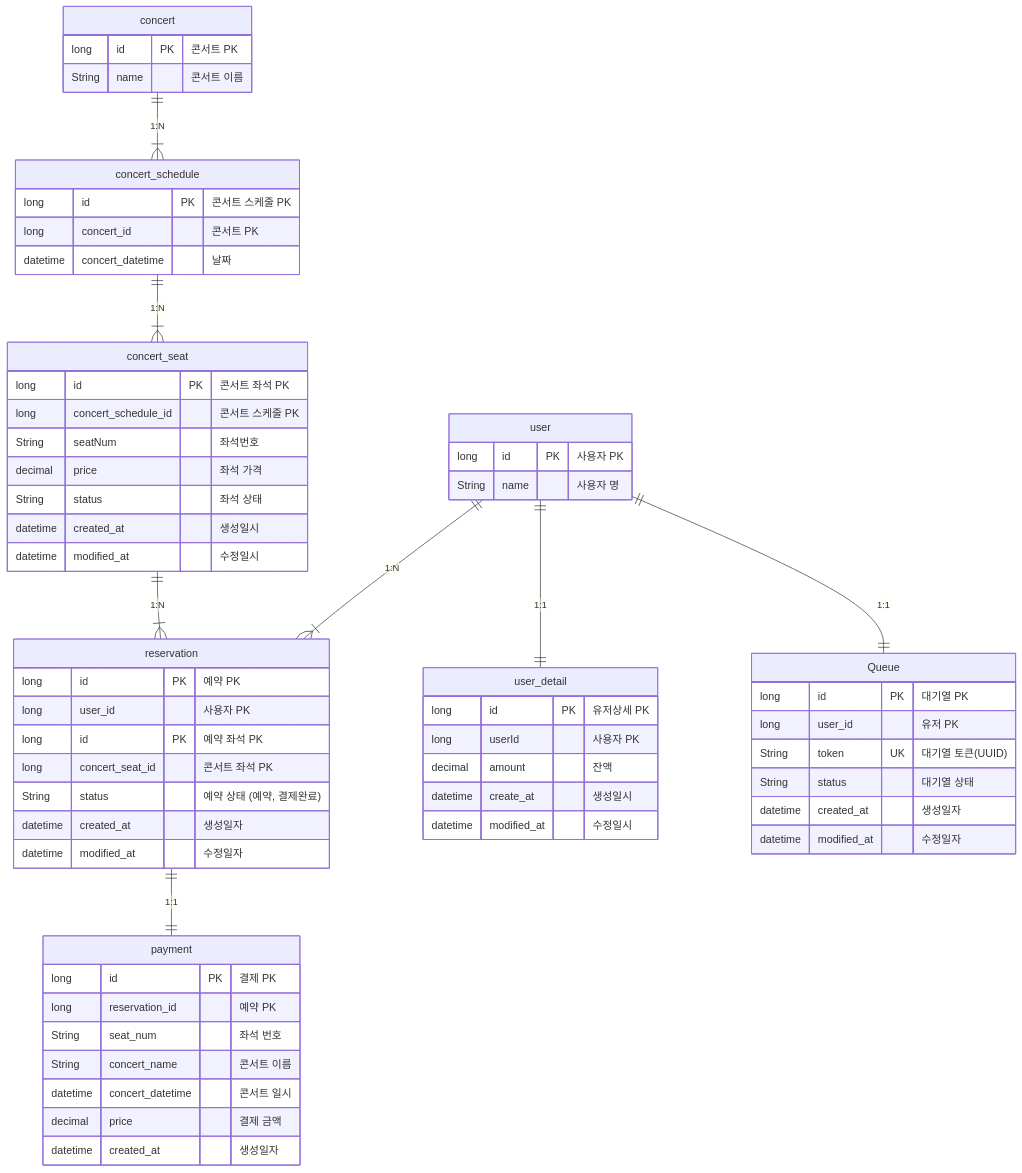
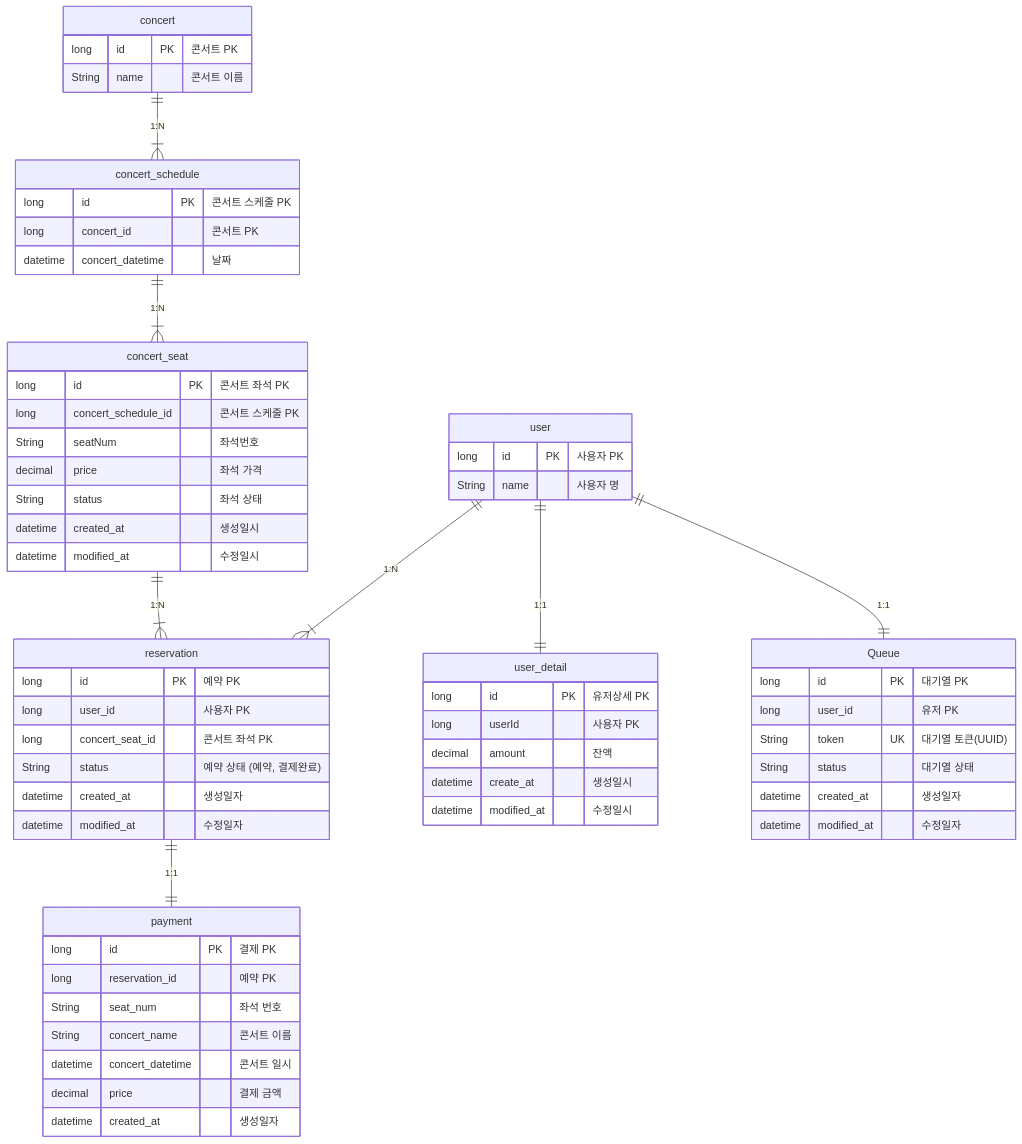
One commit to wn1331/Concert-Reservation-Service changed the diagram in README.md. Above: the diagram before and after it, drawn with Mermaid.

````diff
--- a/README.md
+++ b/README.md
@@ -31,71 +31,70 @@
 ```mermaid
 erDiagram
     concert ||--|{ concert_schedule: "1:N"
     concert_schedule ||--|{ concert_seat: "1:N"
     concert_seat ||--|{ reservation: "1:N"
     user ||--|| user_detail: "1:1"
     user ||--|{ reservation: "1:N"
     user ||--|| Queue: "1:1"
     reservation ||--|| payment: "1:1"
 
     concert {
         long id PK "콘서트 PK"
         String name "콘서트 이름"
     }
     concert_schedule {
         long id PK "콘서트 스케줄 PK"
         long concert_id "콘서트 PK"
         datetime concert_datetime "날짜"
     }
     concert_seat {
         long id PK "콘서트 좌석 PK"
         long concert_schedule_id "콘서트 스케줄 PK"
         String seatNum "좌석번호"
         decimal price "좌석 가격"
         String status "좌석 상태"
         datetime created_at "생성일시"
         datetime modified_at "수정일시"
     }
 
     user {
         long id PK "사용자 PK"
         String name "사용자 명"
     }
     user_detail {
         long id PK "유저상세 PK"
         long userId "사용자 PK"
         decimal amount "잔액"
         datetime create_at "생성일시"
         datetime modified_at "수정일시"
     }
 
     payment {
         long id PK "결제 PK"
         long reservation_id "예약 PK"
         String seat_num "좌석 번호"
         String concert_name "콘서트 이름"
         datetime concert_datetime "콘서트 일시"
         decimal price "결제 금액"
         datetime created_at "생성일자"
     }
 
     reservation {
         long id PK "예약 PK"
         long user_id "사용자 PK"
-        long id PK "예약 좌석 PK"
         long concert_seat_id "콘서트 좌석 PK"
         String status "예약 상태 (예약, 결제완료)"
         datetime created_at "생성일자"
         datetime modified_at "수정일자"
     }
 
     Queue {
         long id PK "대기열 PK"
         long user_id "유저 PK"
         String token UK "대기열 토큰(UUID)"
         String status "대기열 상태"
         datetime created_at "생성일자"
         datetime modified_at "수정일자"
     }
 
 ```
````
